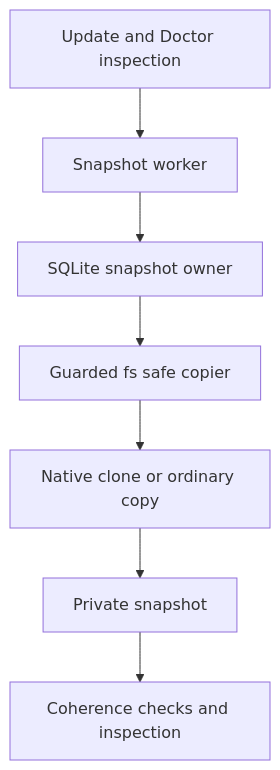
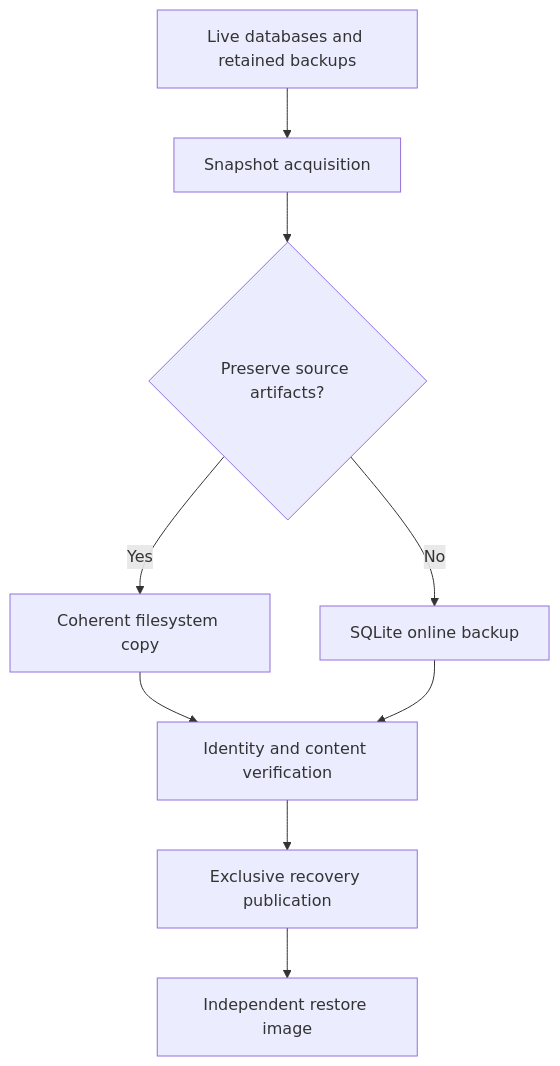
Before and after one commit to miguelbranco80/openclaw-bug-origins: the diagram in fix-origins/clawsweeper/bundles/0085.full.md, drawn with Mermaid. The commit also changed other lines of this file and 6464 other files, not shown here.

````diff
--- a/fix-origins/clawsweeper/bundles/0085.full.md
+++ b/fix-origins/clawsweeper/bundles/0085.full.md
@@ -54,9 +39,11 @@
 ```mermaid
 flowchart TD
-  A[Update and Doctor inspection] --> B[Snapshot worker]
-  B --> C[SQLite snapshot owner]
-  C --> D[Guarded fs safe copier]
-  D --> E[Native clone or ordinary copy]
-  E --> F[Private snapshot]
-  F --> G[Coherence checks and inspection]
+  A[Live databases and retained backups] --> B[Snapshot acquisition]
+  B --> C{Preserve source artifacts?}
+  C -->|Yes| D[Coherent filesystem copy]
+  C -->|No| E[SQLite online backup]
+  D --> F[Identity and content verification]
+  E --> F
+  F --> G[Exclusive recovery publication]
+  G --> H[Independent restore image]
 ```
````
